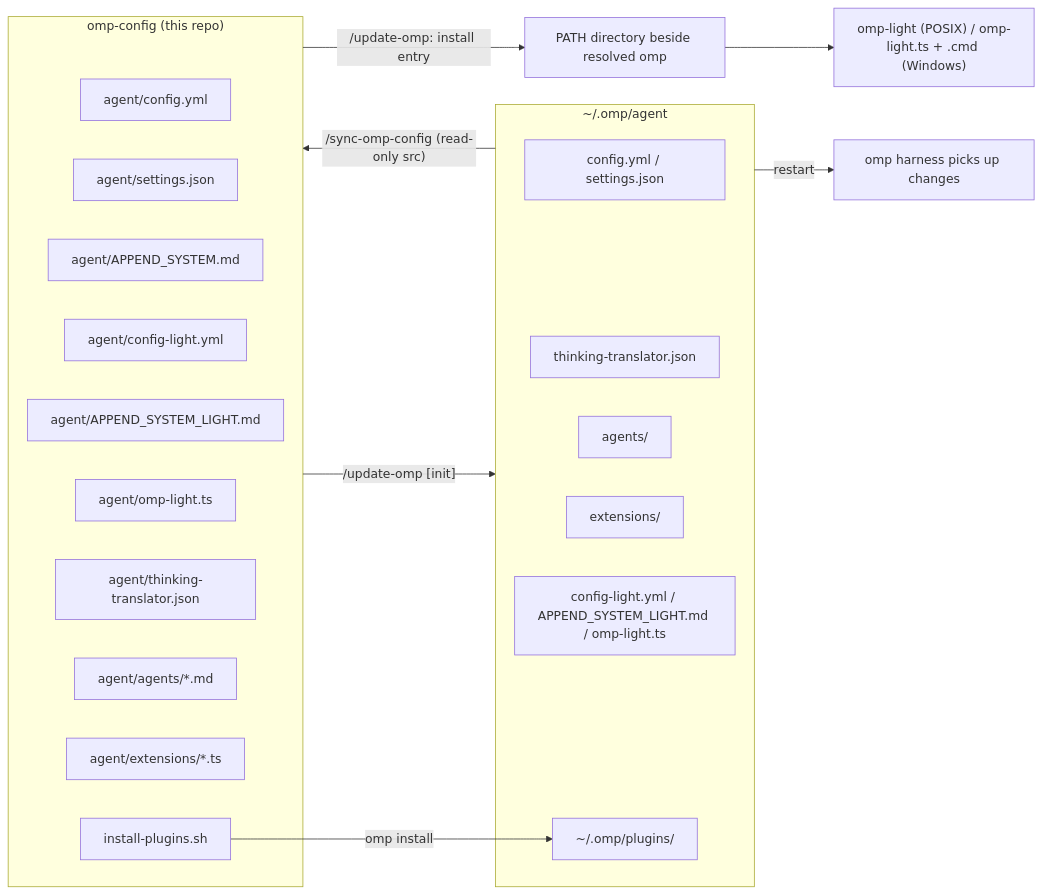
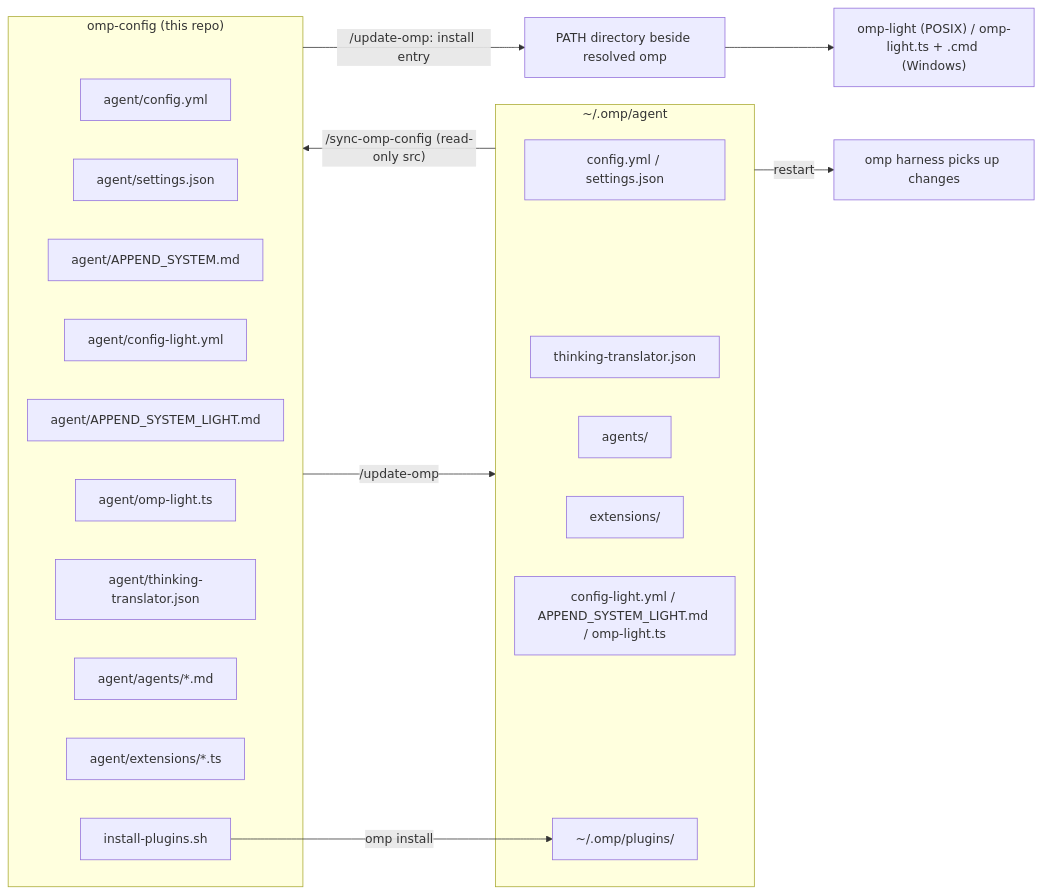
Before and after one commit to mouriya-s-lab/omp-config: the diagram in AGENTS.md, drawn with Mermaid. The commit also changed other lines of this file and 3 other files, not shown here.

````diff
--- a/AGENTS.md
+++ b/AGENTS.md
@@ -21,31 +21,31 @@
 ```mermaid
 flowchart LR
   subgraph repo["omp-config (this repo)"]
     A["agent/config.yml"]
     S["agent/settings.json"]
     P["agent/APPEND_SYSTEM.md"]
     L1["agent/config-light.yml"]
     L2["agent/APPEND_SYSTEM_LIGHT.md"]
     L3["agent/omp-light.ts"]
     T["agent/thinking-translator.json"]
     G["agent/agents/*.md"]
     E["agent/extensions/*.ts"]
     I["install-plugins.sh"]
   end
   subgraph machine["~/.omp/agent"]
     LA["config.yml / settings.json"]
     LT["thinking-translator.json"]
     LG["agents/"]
     LE["extensions/"]
     LL["config-light.yml / APPEND_SYSTEM_LIGHT.md / omp-light.ts"]
     PL["~/.omp/plugins/"]
   end
   O["PATH directory beside resolved omp"]
   M["omp-light (POSIX) / omp-light.ts + .cmd (Windows)"]
-  repo -->|"/update-omp [init]"| machine
+  repo -->|"/update-omp"| machine
   repo -->|"/update-omp: install entry"| O
   O --> M
   machine -->|"/sync-omp-config (read-only src)"| repo
   I -->|"omp install"| PL
   machine -->|restart| H["omp harness picks up changes"]
 ```
````
